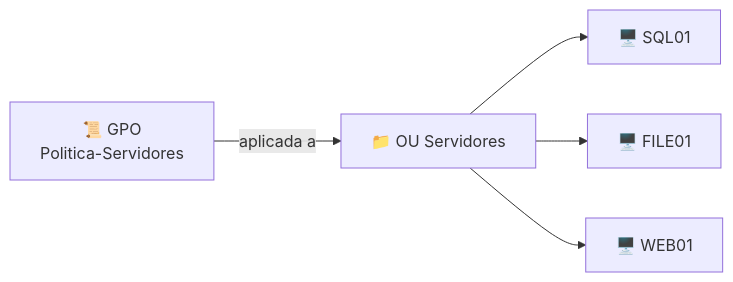
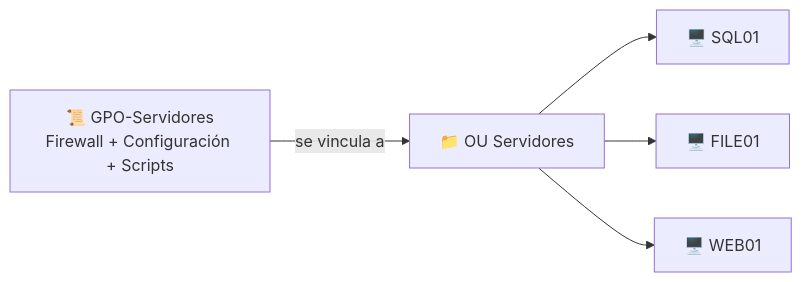
Before and after one commit to wolfpackc/eCPPtv3: the second of 2 diagrams in GPO_abuse/README.md, drawn with Mermaid. The commit also changed other lines of this file, not shown here.

````diff
--- a/GPO_abuse/README.md
+++ b/GPO_abuse/README.md
@@ -22,16 +107,17 @@
 ```mermaid
 flowchart LR
 
-    GPO["📜 GPO<br/>Politica-Servidores"]
+    GPO["📜 GPO-Servidores<br/>Firewall + Configuración + Scripts"]
+
     OU["📁 OU Servidores"]
 
     SQL["🖥️ SQL01"]
     FILE["🖥️ FILE01"]
     WEB["🖥️ WEB01"]
 
-    GPO -->|"aplicada a"| OU
+    GPO -->|"se vincula a"| OU
 
     OU --> SQL
     OU --> FILE
     OU --> WEB
 ```
````
